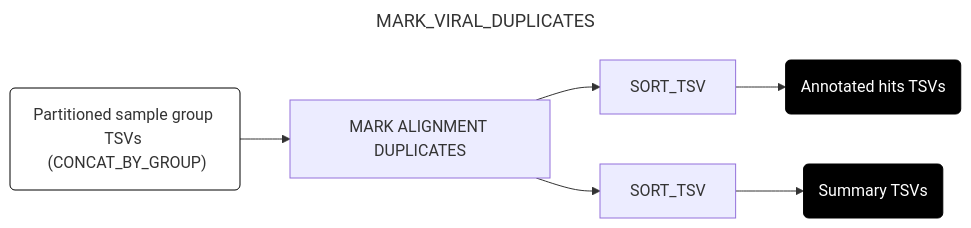
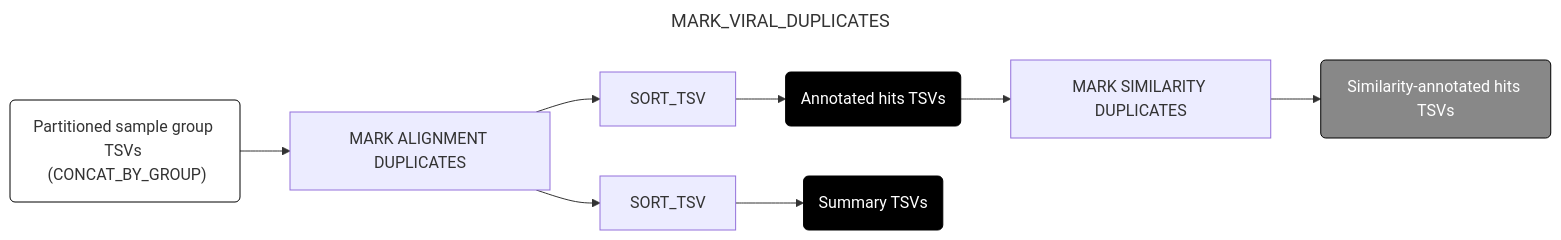
Before and after one commit to securebio/nao-mgs-workflow: the fourth of 10 diagrams in docs/downstream.md, drawn with Mermaid. The commit also changed other lines of this file and 2 other files, not shown here.

Commit message:
Address review findings: test comments and docs update
- Add explanatory comments to module test describing test data and
  expected similarity dedup behavior for each read
- Add comment to subworkflow tests noting structure-only checks
  (value correctness tested at module level)
- Update docs/downstream.md with similarity dedup step description
  and updated Mermaid diagram

````diff
--- a/docs/downstream.md
+++ b/docs/downstream.md
@@ -152,16 +154,19 @@
 ```mermaid
 ---
 title: MARK_VIRAL_DUPLICATES
 config:
   layout: horizontal
 ---
 flowchart LR
 A("Partitioned sample group TSVs <br> (CONCAT_BY_GROUP)") --> B[MARK ALIGNMENT DUPLICATES]
 B --> C[SORT_TSV]
 B --> D[SORT_TSV]
 C --> E(Annotated hits TSVs)
 D --> F(Summary TSVs)
+E --> G[MARK SIMILARITY DUPLICATES]
+G --> H(Similarity-annotated hits TSVs)
 style A fill:#fff,stroke:#000
 style E fill:#000,color:#fff,stroke:#000
 style F fill:#000,color:#fff,stroke:#000
+style H fill:#888,color:#fff,stroke:#000
 ```
````
